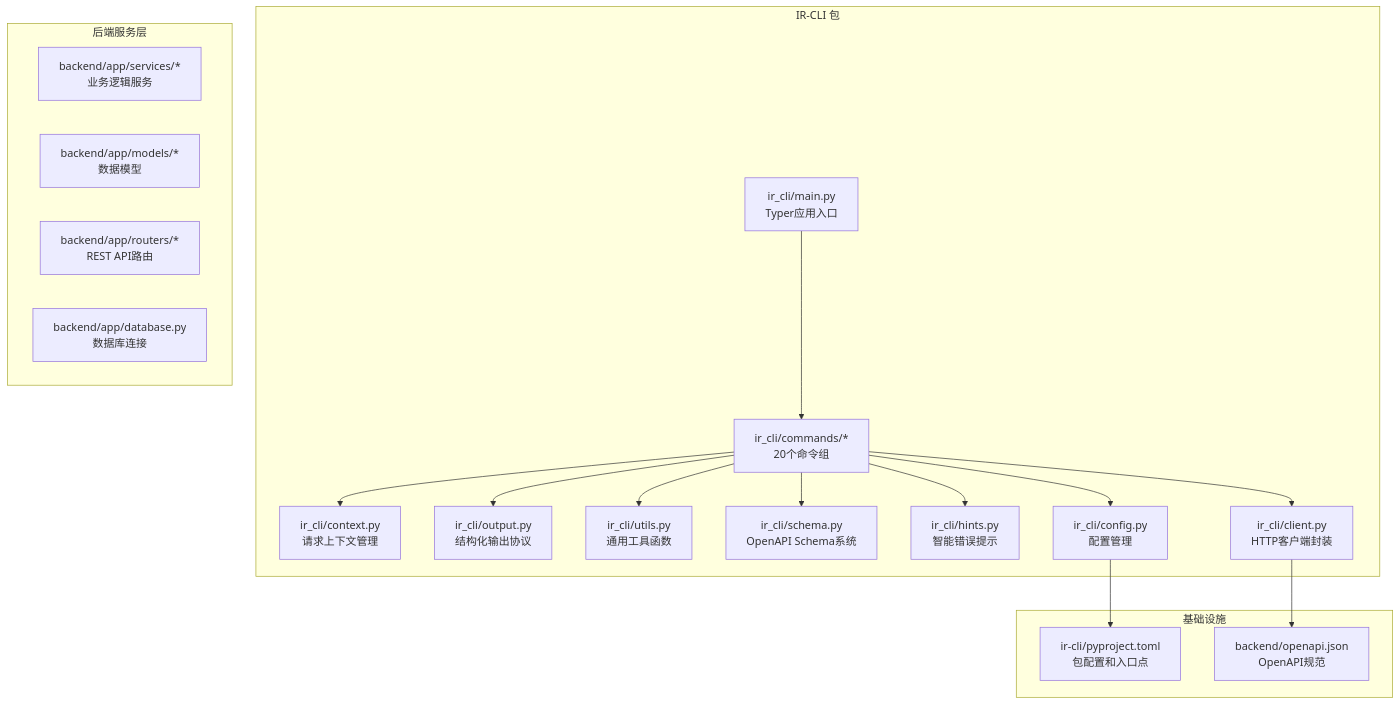
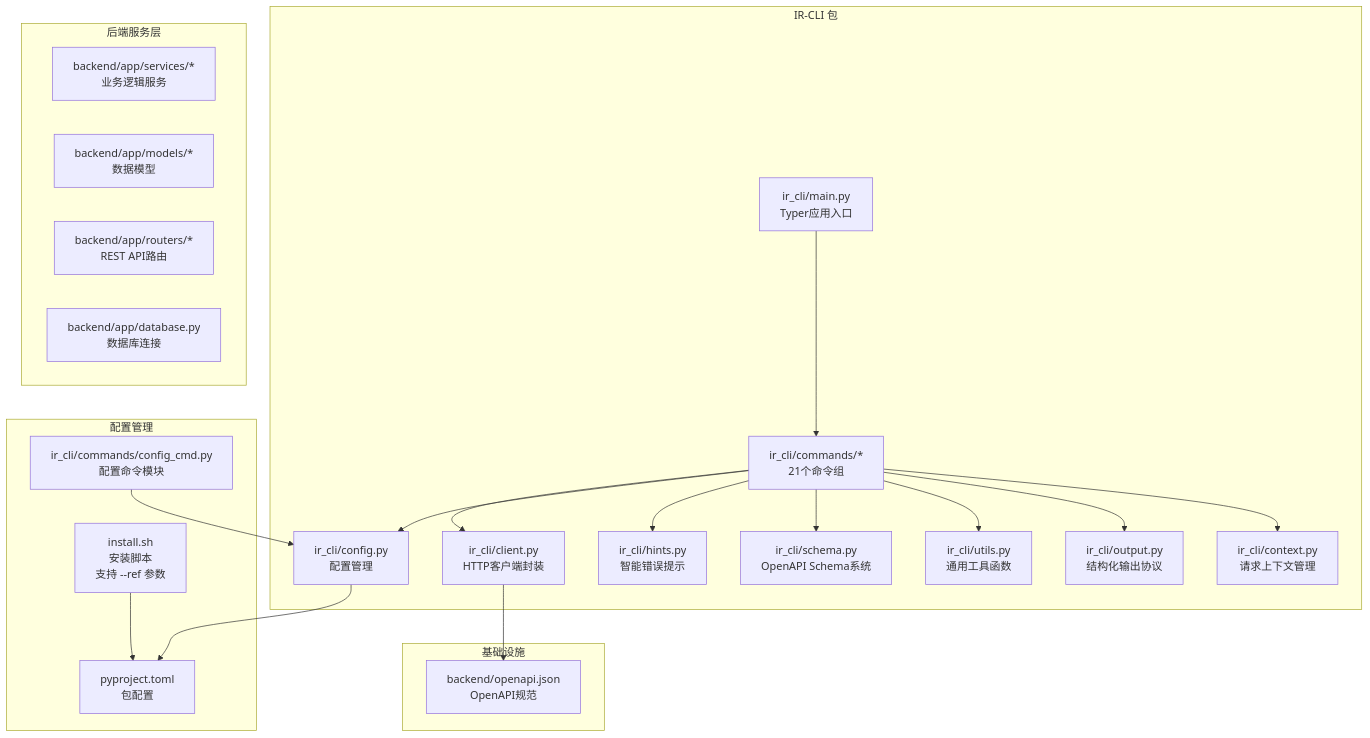
One commit to gujialind/InvestRing changed the first of 7 diagrams in .qoder/repowiki/zh/content/开发指南/InvestRing Admin CLI 工具.md. Above: the diagram before and after it, drawn with Mermaid. The commit also changed other lines of this file and 1 other file, not shown here.

````diff
--- a/.qoder/repowiki/zh/content/开发指南/InvestRing Admin CLI 工具.md
+++ b/.qoder/repowiki/zh/content/开发指南/InvestRing Admin CLI 工具.md
@@ -63,34 +61,40 @@
 ```mermaid
 graph TB
 subgraph "IR-CLI 包"
 M["ir_cli/main.py<br/>Typer应用入口"]
 Ctx["ir_cli/context.py<br/>请求上下文管理"]
 Out["ir_cli/output.py<br/>结构化输出协议"]
 Utl["ir_cli/utils.py<br/>通用工具函数"]
 Sch["ir_cli/schema.py<br/>OpenAPI Schema系统"]
 Hnt["ir_cli/hints.py<br/>智能错误提示"]
 Cfg["ir_cli/config.py<br/>配置管理"]
 Cli["ir_cli/client.py<br/>HTTP客户端封装"]
-Cmds["ir_cli/commands/*<br/>20个命令组"]
+Cmds["ir_cli/commands/*<br/>21个命令组"]
+end
+subgraph "配置管理"
+ConfigCmd["ir_cli/commands/config_cmd.py<br/>配置命令模块"]
+InstallScript["install.sh<br/>安装脚本<br/>支持 --ref 参数"]
+PyProj["pyproject.toml<br/>包配置"]
 end
 subgraph "后端服务层"
 Svc["backend/app/services/*<br/>业务逻辑服务"]
 Mod["backend/app/models/*<br/>数据模型"]
 Rou["backend/app/routers/*<br/>REST API路由"]
 DB["backend/app/database.py<br/>数据库连接"]
 end
 subgraph "基础设施"
-PY["ir-cli/pyproject.toml<br/>包配置和入口点"]
 API["backend/openapi.json<br/>OpenAPI规范"]
 end
 M --> Cmds
 Cmds --> Ctx
 Cmds --> Out
 Cmds --> Utl
 Cmds --> Sch
 Cmds --> Hnt
 Cmds --> Cfg
 Cmds --> Cli
+ConfigCmd --> Cfg
+InstallScript --> PyProj
 Cli --> API
-Cfg --> PY
+Cfg --> PyProj
 ```
````
